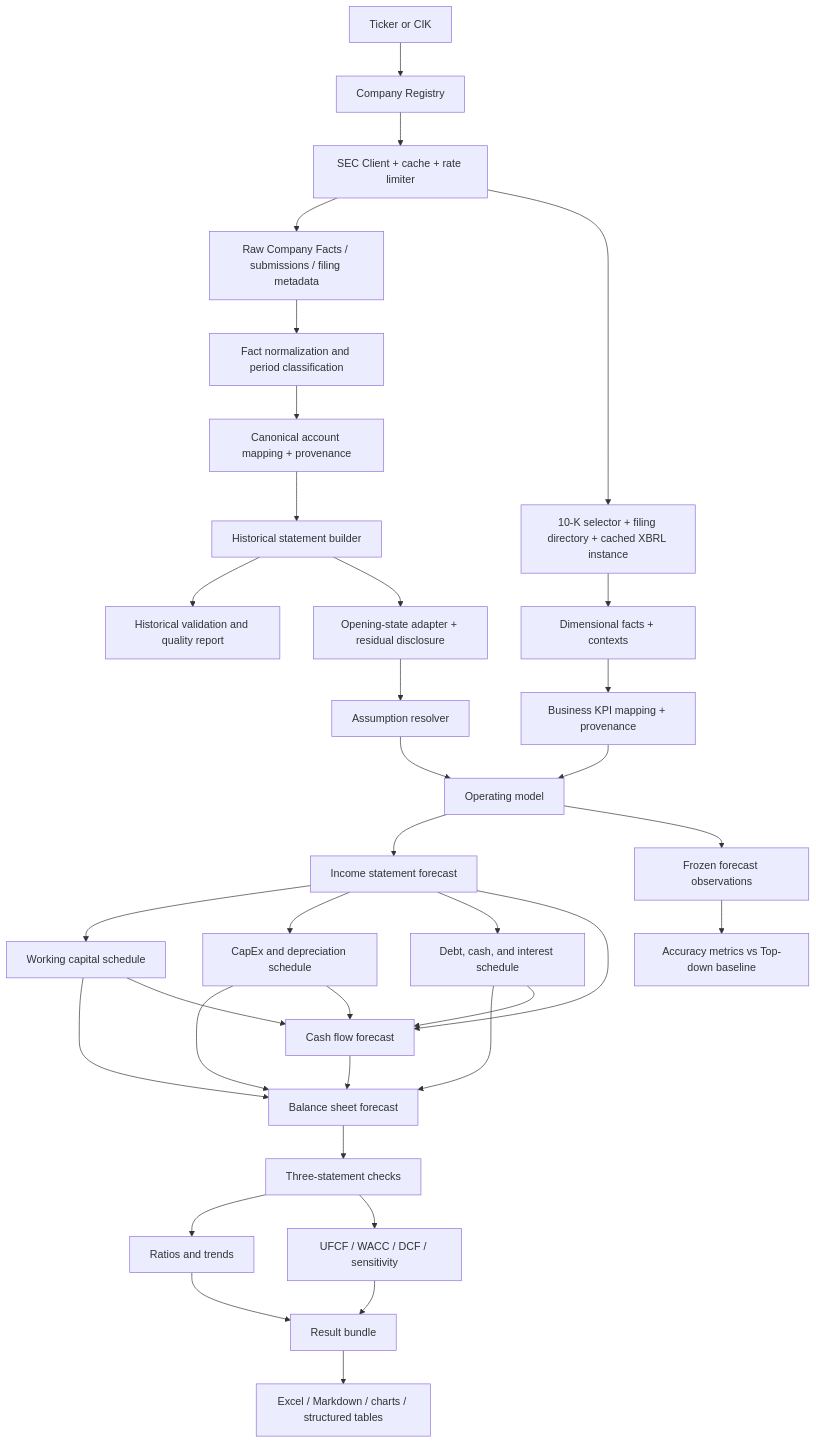
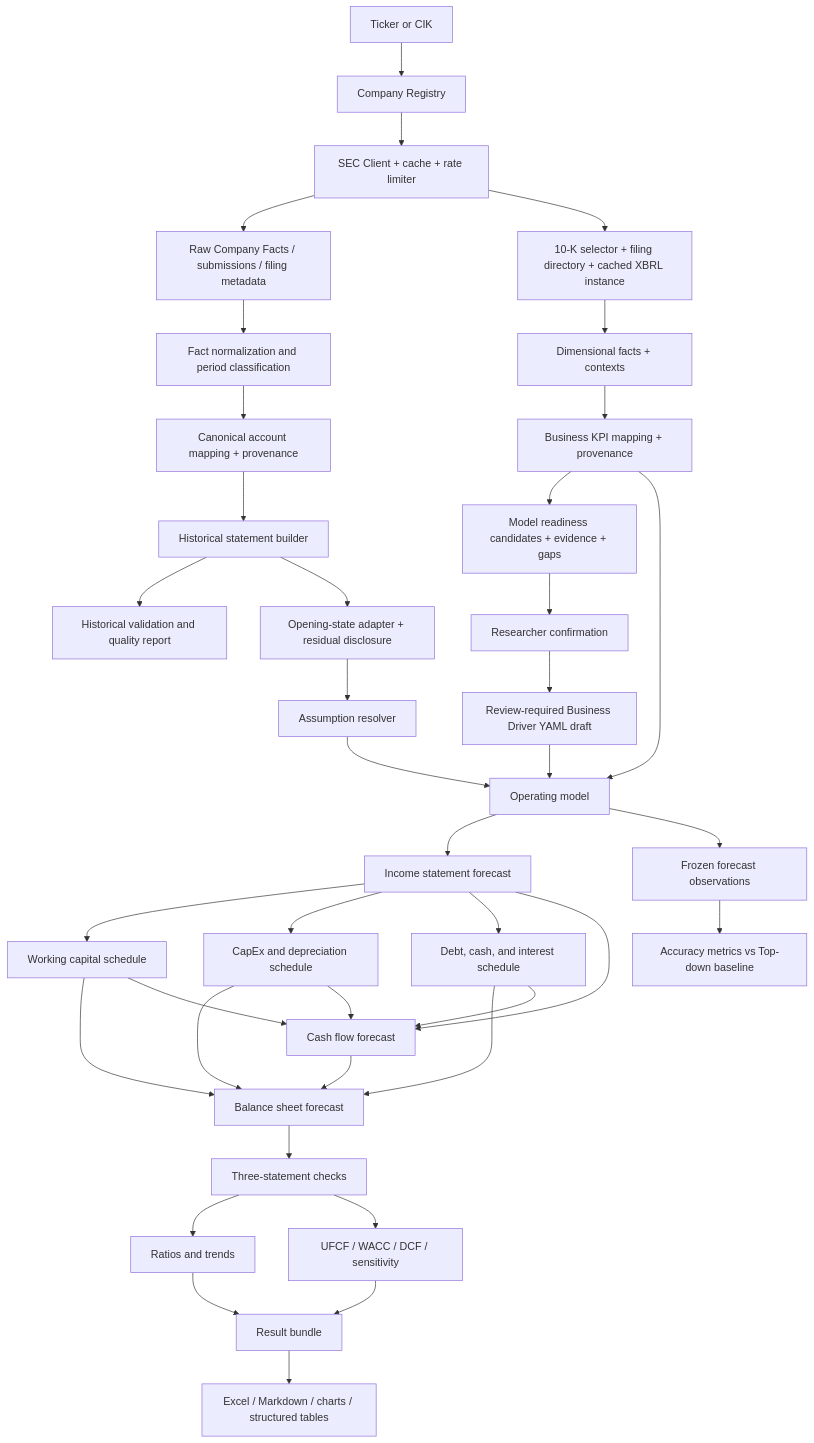
Before and after one commit to Ryanpanda49/financial-modelling-valuation: the diagram in docs/architecture.md, drawn with Mermaid. The commit also changed 11 other files, not shown here.

Commit message:
Add explainable business model recommendations

````diff
--- a/docs/architecture.md
+++ b/docs/architecture.md
@@ -33,37 +33,41 @@
 ```mermaid
 flowchart TD
     A["Ticker or CIK"] --> B["Company Registry"]
     B --> C["SEC Client + cache + rate limiter"]
     C --> D["Raw Company Facts / submissions / filing metadata"]
     C --> DX["10-K selector + filing directory + cached XBRL instance"]
     DX --> DY["Dimensional facts + contexts"]
     DY --> DZ["Business KPI mapping + provenance"]
+    DZ --> REC["Model readiness candidates + evidence + gaps"]
+    REC --> CONF["Researcher confirmation"]
+    CONF --> DRAFT["Review-required Business Driver YAML draft"]
     D --> E["Fact normalization and period classification"]
     E --> F["Canonical account mapping + provenance"]
     F --> G["Historical statement builder"]
     G --> H["Historical validation and quality report"]
     G --> V["Opening-state adapter + residual disclosure"]
     V --> I["Assumption resolver"]
+    DRAFT --> J
     DZ --> J
     I --> J["Operating model"]
     J --> K["Income statement forecast"]
     K --> L["Working capital schedule"]
     K --> M["CapEx and depreciation schedule"]
     K --> N["Debt, cash, and interest schedule"]
     L --> O["Balance sheet forecast"]
     M --> O
     N --> O
     K --> P["Cash flow forecast"]
     L --> P
     M --> P
     N --> P
     P --> O
     O --> Q["Three-statement checks"]
     Q --> R["Ratios and trends"]
     Q --> S["UFCF / WACC / DCF / sensitivity"]
     R --> T["Result bundle"]
     S --> T
     T --> U["Excel / Markdown / charts / structured tables"]
     J --> BT["Frozen forecast observations"]
     BT --> BR["Accuracy metrics vs Top-down baseline"]
 ```
````
